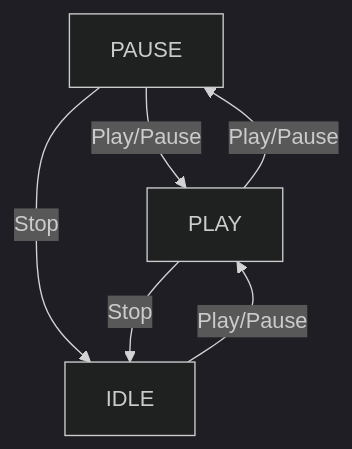
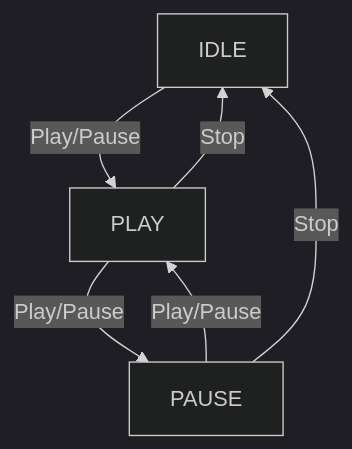
The diagram in PATTERNS/README.md (DonghoonPark12/SimpleOS), drawn with Mermaid (dark theme) before and after one commit. The commit also changed other lines of this file, not shown here.

````diff
--- a/PATTERNS/README.md
+++ b/PATTERNS/README.md
@@ -1,8 +1,8 @@
 ```mermaid
 graph TD
+    IDLE  --Play/Pause--> PLAY
     PAUSE --Play/Pause--> PLAY
     PAUSE --Stop      --> IDLE
     PLAY  --Stop      --> IDLE
     PLAY  --Play/Pause--> PAUSE
-    IDLE  --Play/Pause--> PLAY
 ```
````
